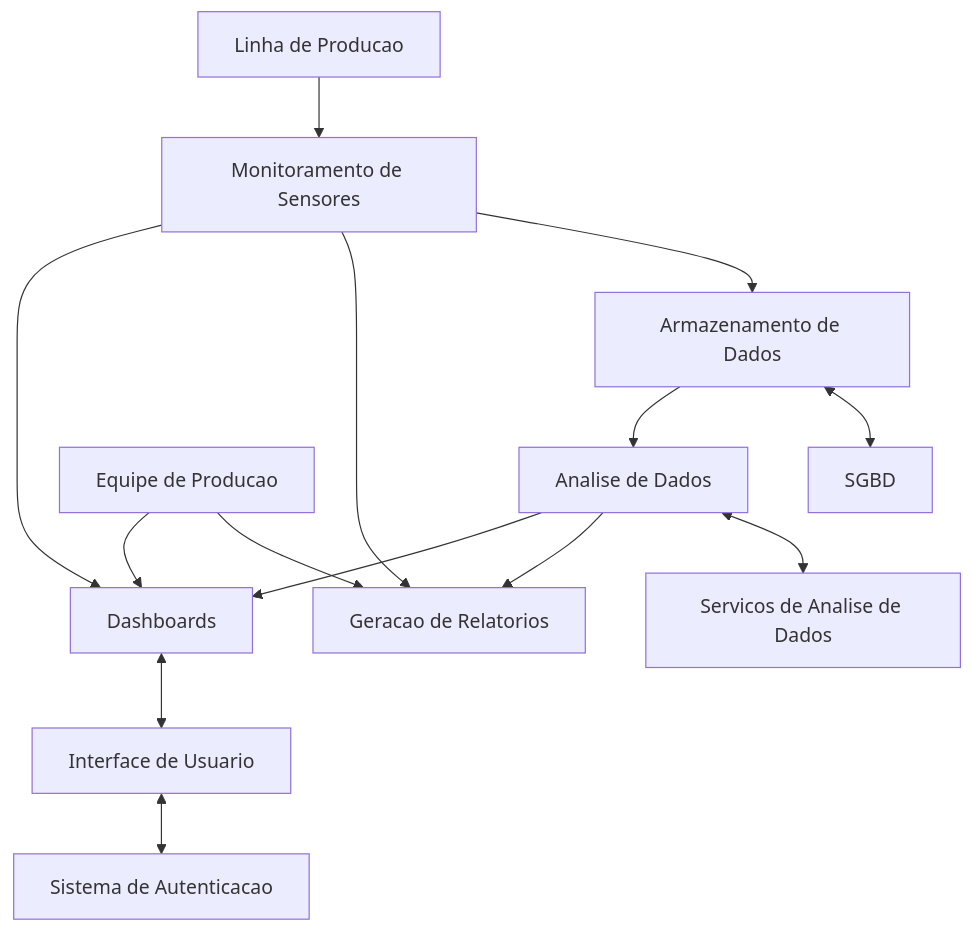
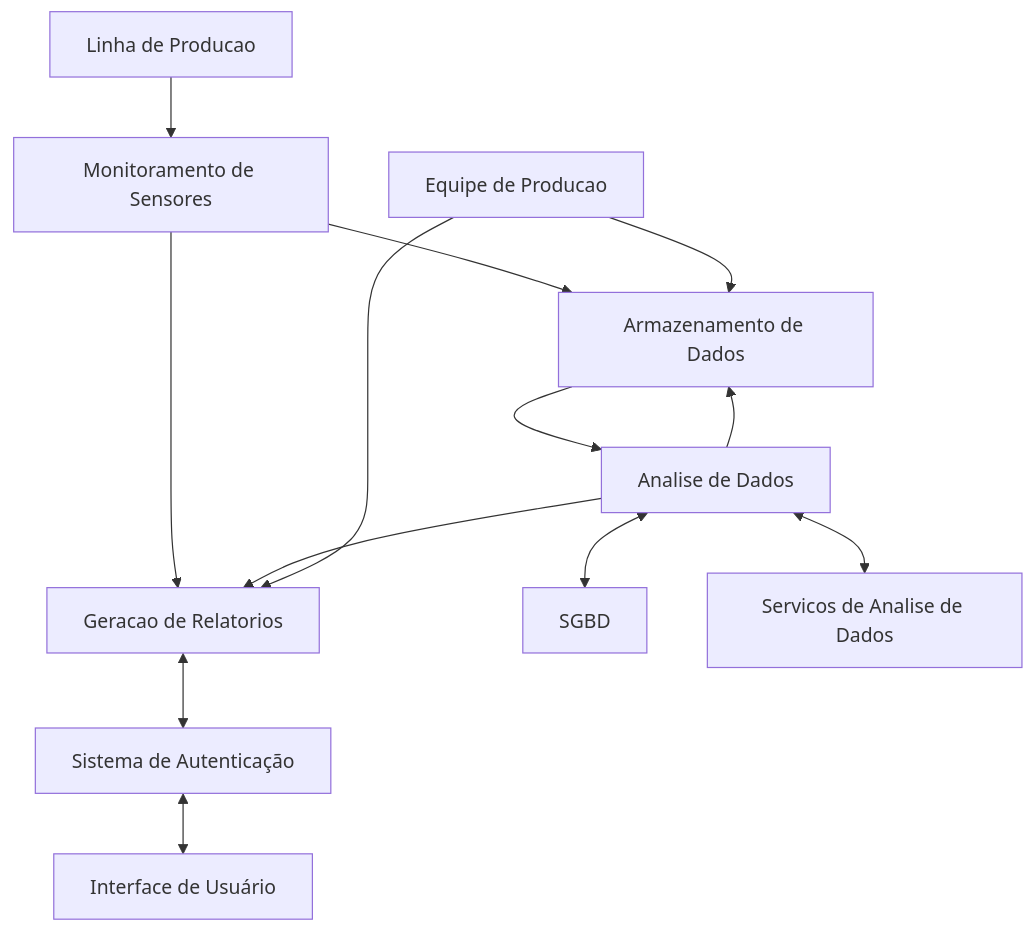
Before and after one commit to 05samuk/Sistema---IoT: the first of 2 diagrams in README.md, drawn with Mermaid.

````diff
--- a/README.md
+++ b/README.md
@@ -97,12 +97,13 @@
 ```mermaid
 flowchart TB
-    A["Monitoramento de Sensores"] --> B["Dashboards"] & C["Geracao de Relatorios"] & D["Armazenamento de Dados"]
-    D --> E["Analise de Dados"]
-    E --> B & C
+    A["Monitoramento de Sensores"] --> B["Geracao de Relatorios"] & C["Armazenamento de Dados"]
+    C --> D["Analise de Dados"]
+    D --> B & C
     F["Linha de Producao"] --> A
     G["Equipe de Producao"] --> B & C
-    B <--> I["Interface de Usuario"]
+    B <--> I["Sistema de Autenticação"]
+
     D <--> J["SGBD"]
-    I <--> K["Sistema de Autenticacao"]
-    E <--> L["Servicos de Analise de Dados"]
+    I <--> K["Interface de Usuário"]
+    D <--> L["Servicos de Analise de Dados"]
 ```
````
